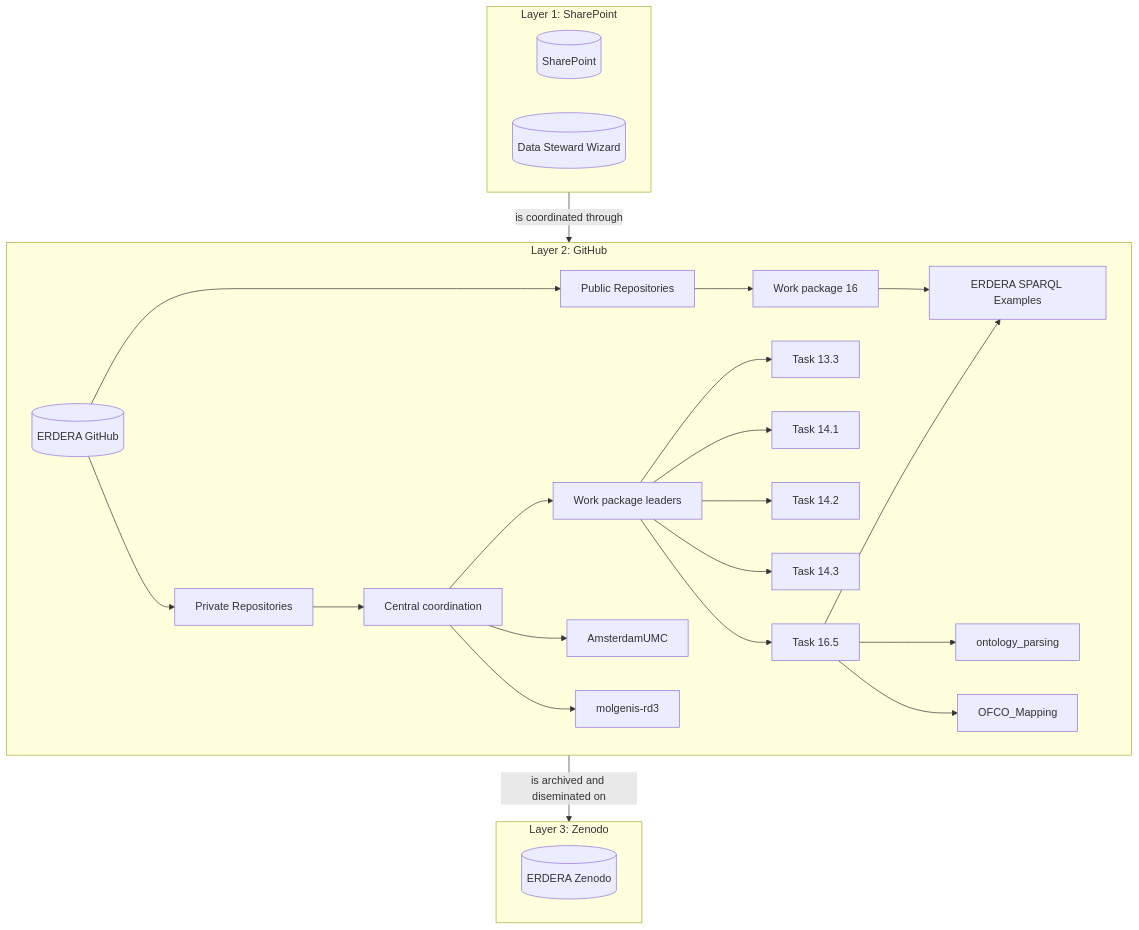
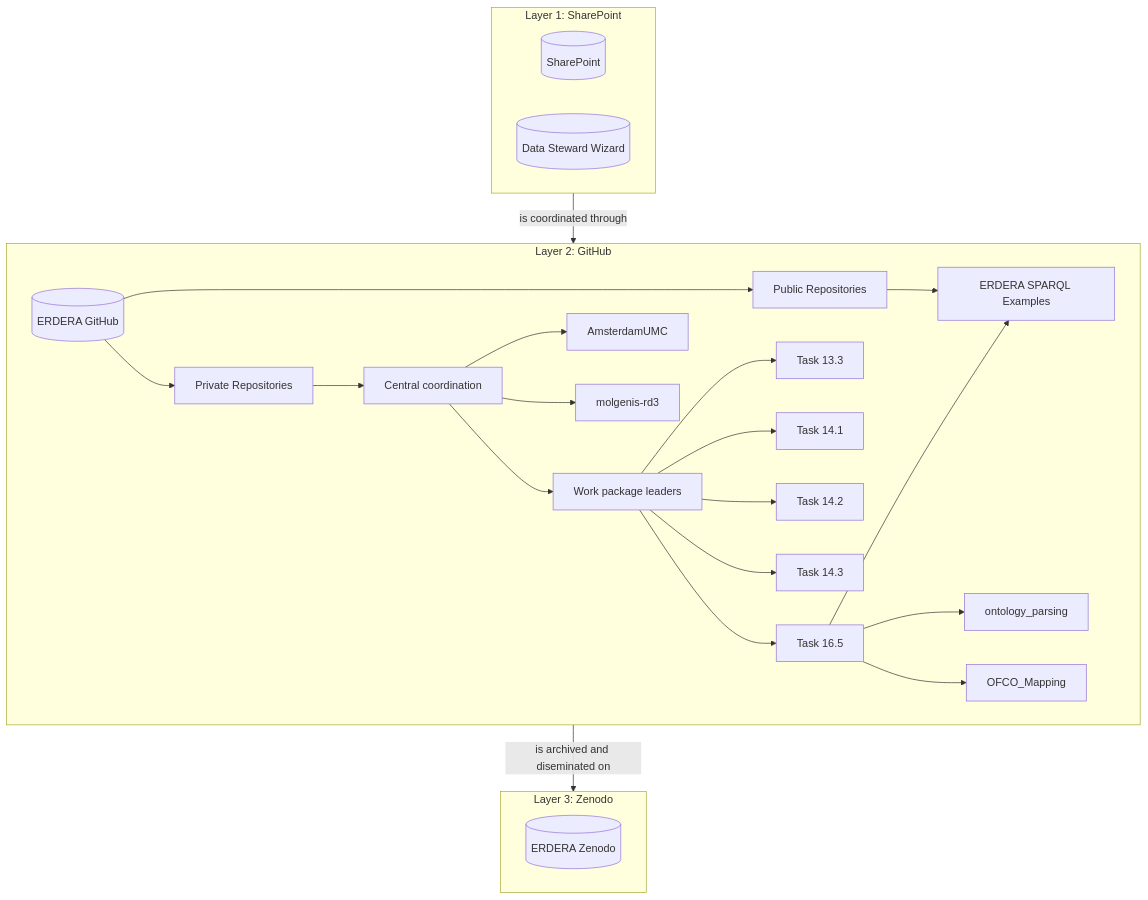
Before and after one commit to ERDERA/REPO-central-coordination: the diagram in README.md, drawn with Mermaid.

````diff
--- a/README.md
+++ b/README.md
@@ -62,35 +62,34 @@
 ```mermaid
 graph TD
     subgraph ClusterA [Layer 1: SharePoint]
         SP[(SharePoint)]
         DSW[(Data Steward Wizard)]
     end
 
     subgraph ClusterB [Layer 2: GitHub]
     direction LR
         EGH[(ERDERA GitHub)] --> PrivR[Private Repositories]
         EGH --> PubR[Public Repositories]  
-        PubR --> WP16[Work package 16]
-        WP16 --> SPARQLEX[ERDERA SPARQL Examples]
-        
+        PubR --> SPARQLEX[ERDERA SPARQL Examples]
+   
         PrivR --> CC[Central coordination]
         CC --> WPL[Work package leaders]
         CC --> AMC[AmsterdamUMC]
         CC --> MR[molgenis-rd3]
         WPL --> 13.3[Task 13.3]
         WPL --> 14.1[Task 14.1]
         WPL --> 14.2[Task 14.2]
         WPL --> 14.3[Task 14.3]
         WPL --> 16.5[Task 16.5]
         16.5 --> OP[ontology_parsing]
         16.5 --> SPARQLEX
         16.5 --> OFCO[OFCO_Mapping]
     end
 
     subgraph ClusterC [Layer 3: Zenodo]
         EZD[(ERDERA Zenodo)]
     end
     
     ClusterA --> |is coordinated through| ClusterB
     ClusterB --> |is archived and diseminated on| ClusterC
 ```
````
